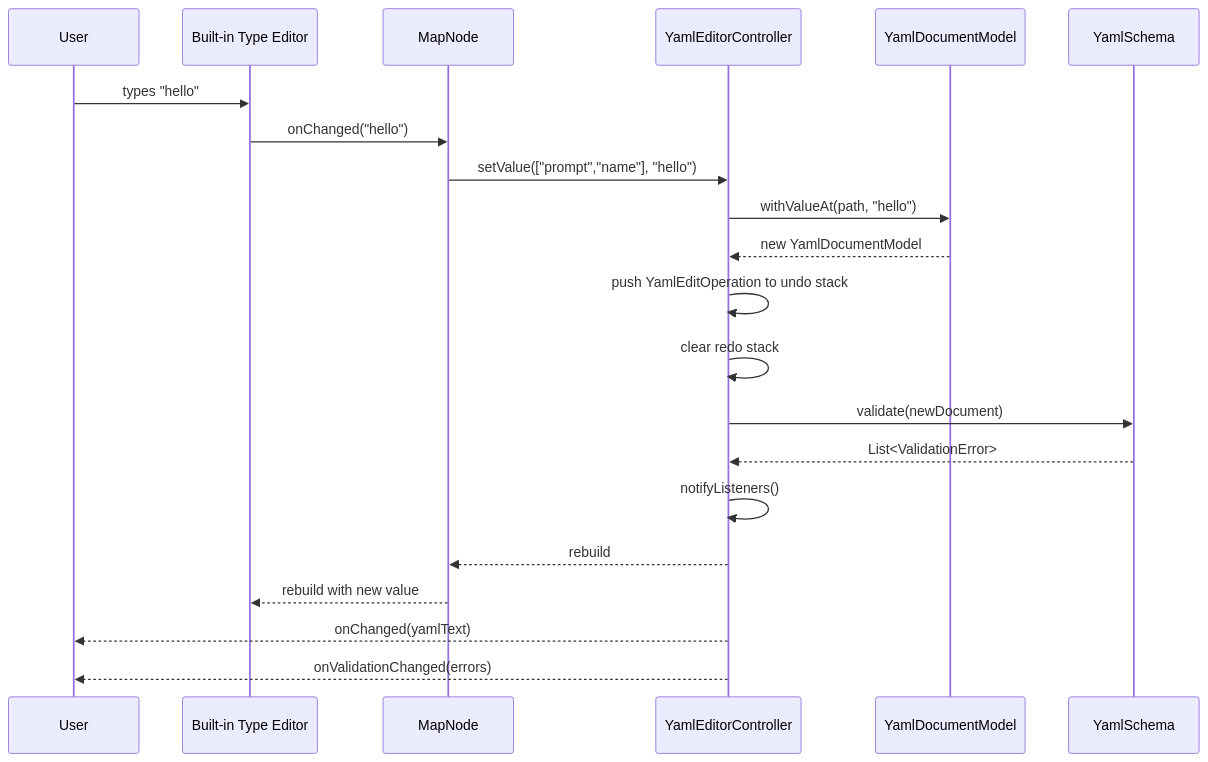
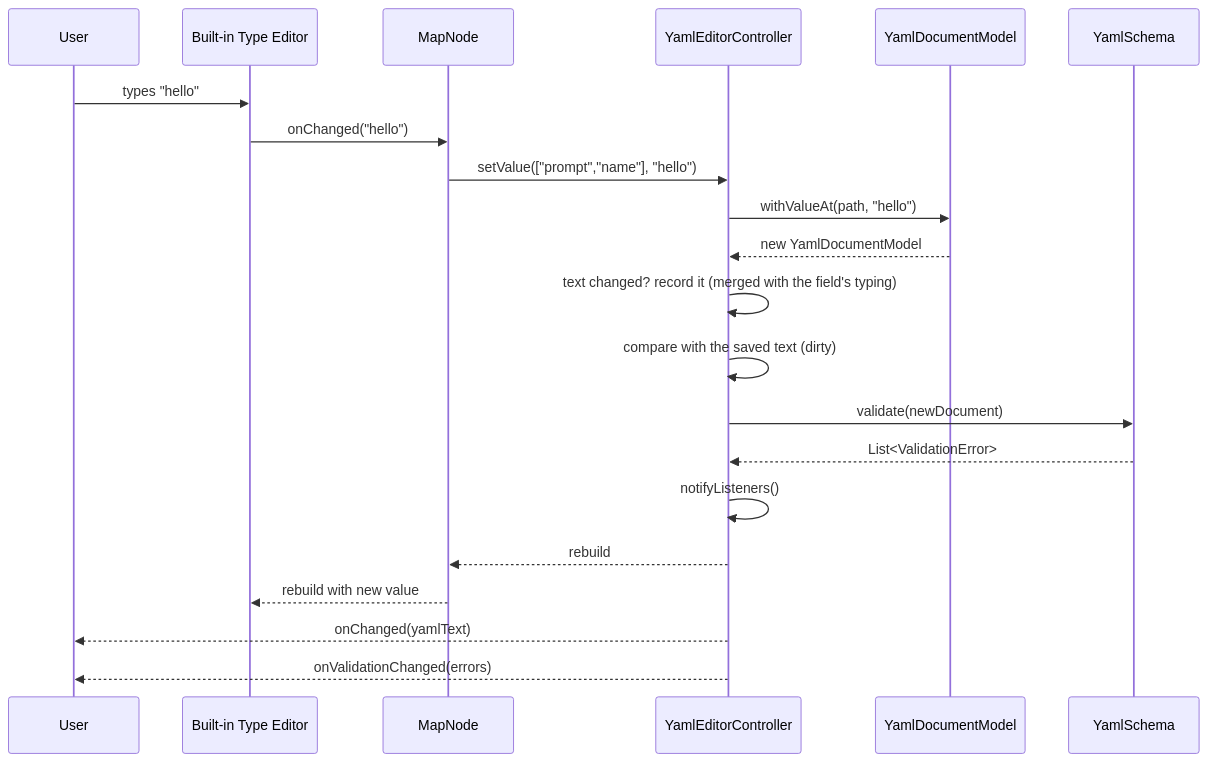
Before and after one commit to al-the-bear/tom_forge_modules: the tenth of 19 diagrams in tom_yaml_editor/doc/yaml_editor_architecture_design.md, drawn with Mermaid. The commit also changed other lines of this file and 21 other files, not shown here.

````diff
--- a/tom_yaml_editor/doc/yaml_editor_architecture_design.md
+++ b/tom_yaml_editor/doc/yaml_editor_architecture_design.md
@@ -480,28 +503,28 @@
 ```mermaid
 sequenceDiagram
     participant User
     participant ValueEditor as Built-in Type Editor
     participant MapNode
     participant Controller as YamlEditorController
     participant Model as YamlDocumentModel
     participant Validator as YamlSchema
 
     User->>ValueEditor: types "hello"
     ValueEditor->>MapNode: onChanged("hello")
     MapNode->>Controller: setValue(["prompt","name"], "hello")
 
     Controller->>Model: withValueAt(path, "hello")
     Model-->>Controller: new YamlDocumentModel
 
-    Controller->>Controller: push YamlEditOperation to undo stack
-    Controller->>Controller: clear redo stack
+    Controller->>Controller: text changed? record it (merged with the field's typing)
+    Controller->>Controller: compare with the saved text (dirty)
 
     Controller->>Validator: validate(newDocument)
     Validator-->>Controller: List<ValidationError>
 
     Controller->>Controller: notifyListeners()
     Controller-->>MapNode: rebuild
     MapNode-->>ValueEditor: rebuild with new value
     Controller-->>User: onChanged(yamlText)
     Controller-->>User: onValidationChanged(errors)
 ```
````
